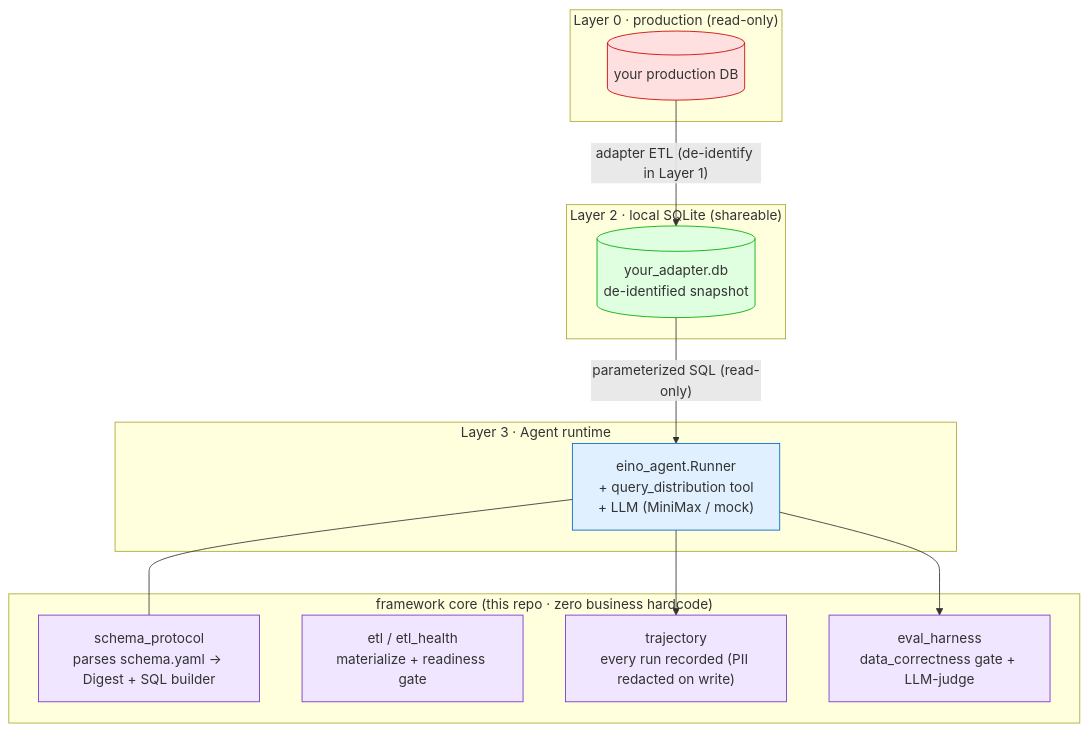
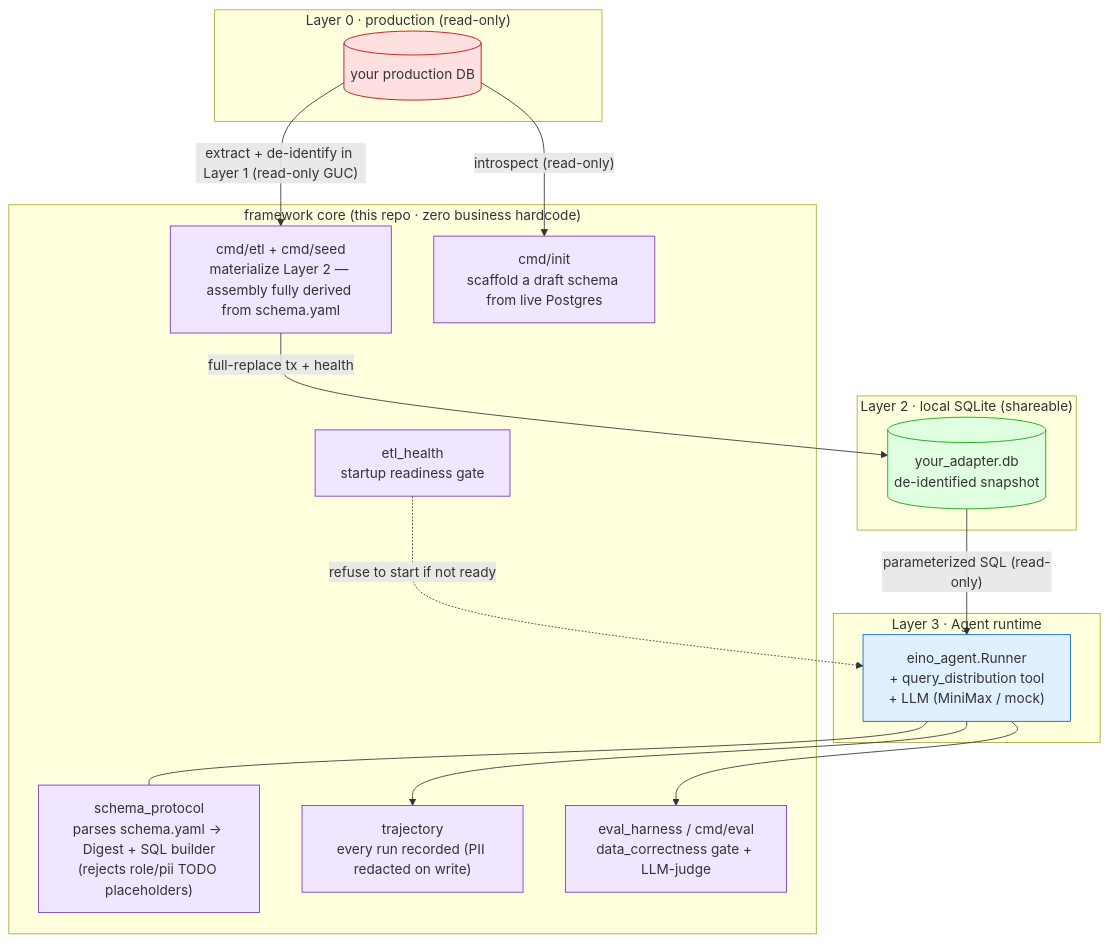
One commit to RuntianLee/schema-driven-insight-agent changed the diagram in README.md. Above: the diagram before and after it, drawn with Mermaid. The commit also changed other lines of this file and 2 other files, not shown here.

Commit message:
docs: v0.2 对账——README 仓库结构/架构图补五命令与推导叙事，CONTRIBUTING 去 toygame module

````diff
--- a/README.md
+++ b/README.md
@@ -47,33 +47,38 @@
 ```mermaid
 flowchart TB
     subgraph L3["Layer 3 · Agent runtime"]
         AG["eino_agent.Runner<br/>+ query_distribution tool<br/>+ LLM (MiniMax / mock)"]
     end
     subgraph CORE["framework core (this repo · zero business hardcode)"]
-        SP["schema_protocol<br/>parses schema.yaml → Digest + SQL builder"]
-        ETL["etl / etl_health<br/>materialize + readiness gate"]
+        SP["schema_protocol<br/>parses schema.yaml → Digest + SQL builder<br/>(rejects role/pii TODO placeholders)"]
+        ETL["cmd/etl + cmd/seed<br/>materialize Layer 2 — assembly fully derived from schema.yaml"]
+        INIT["cmd/init<br/>scaffold a draft schema from live Postgres"]
+        HE["etl_health<br/>startup readiness gate"]
         TR["trajectory<br/>every run recorded (PII redacted on write)"]
-        EV["eval_harness<br/>data_correctness gate + LLM-judge"]
+        EV["eval_harness / cmd/eval<br/>data_correctness gate + LLM-judge"]
     end
     subgraph L2["Layer 2 · local SQLite (shareable)"]
         DB[("your_adapter.db<br/>de-identified snapshot")]
     end
     subgraph L0["Layer 0 · production (read-only)"]
         PG[("your production DB")]
     end
 
-    PG -->|"adapter ETL (de-identify in Layer 1)"| DB
+    PG -->|"introspect (read-only)"| INIT
+    PG -->|"extract + de-identify in Layer 1 (read-only GUC)"| ETL
+    ETL -->|"full-replace tx + health"| DB
     DB -->|"parameterized SQL (read-only)"| AG
+    HE -.->|"refuse to start if not ready"| AG
     AG --- SP
     AG --> TR
     AG --> EV
 
     classDef prod fill:#ffe0e0,stroke:#c00;
     classDef safe fill:#e0ffe0,stroke:#0a0;
     classDef agent fill:#e0f0ff,stroke:#06c;
     classDef core fill:#f0e6ff,stroke:#73c;
     class PG prod;
     class DB safe;
     class AG agent;
-    class SP,ETL,TR,EV core;
+    class SP,ETL,INIT,HE,TR,EV core;
 ```
````
